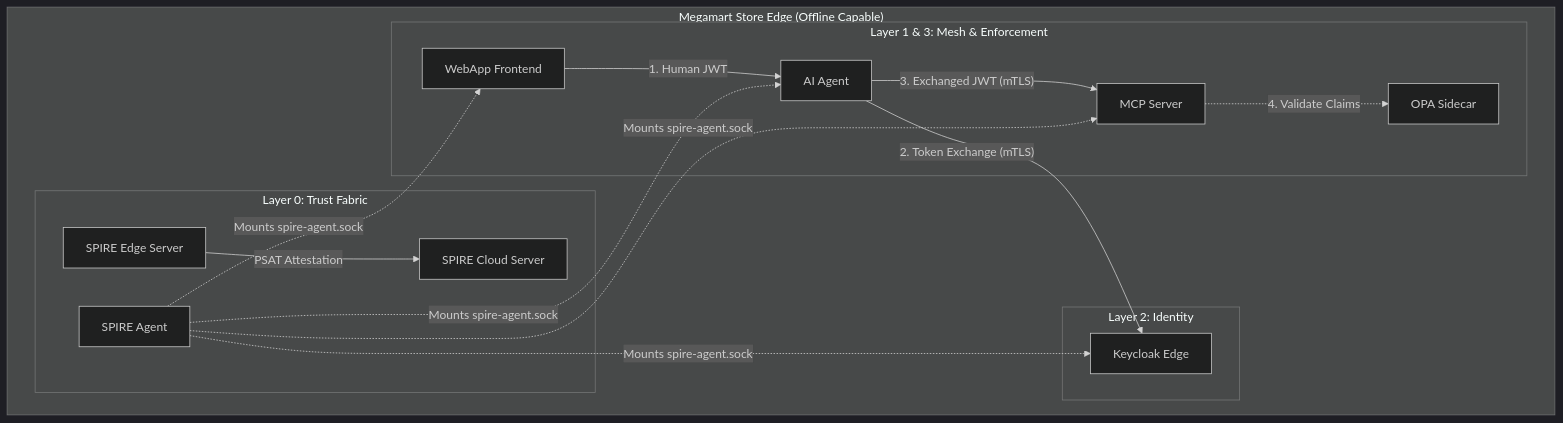
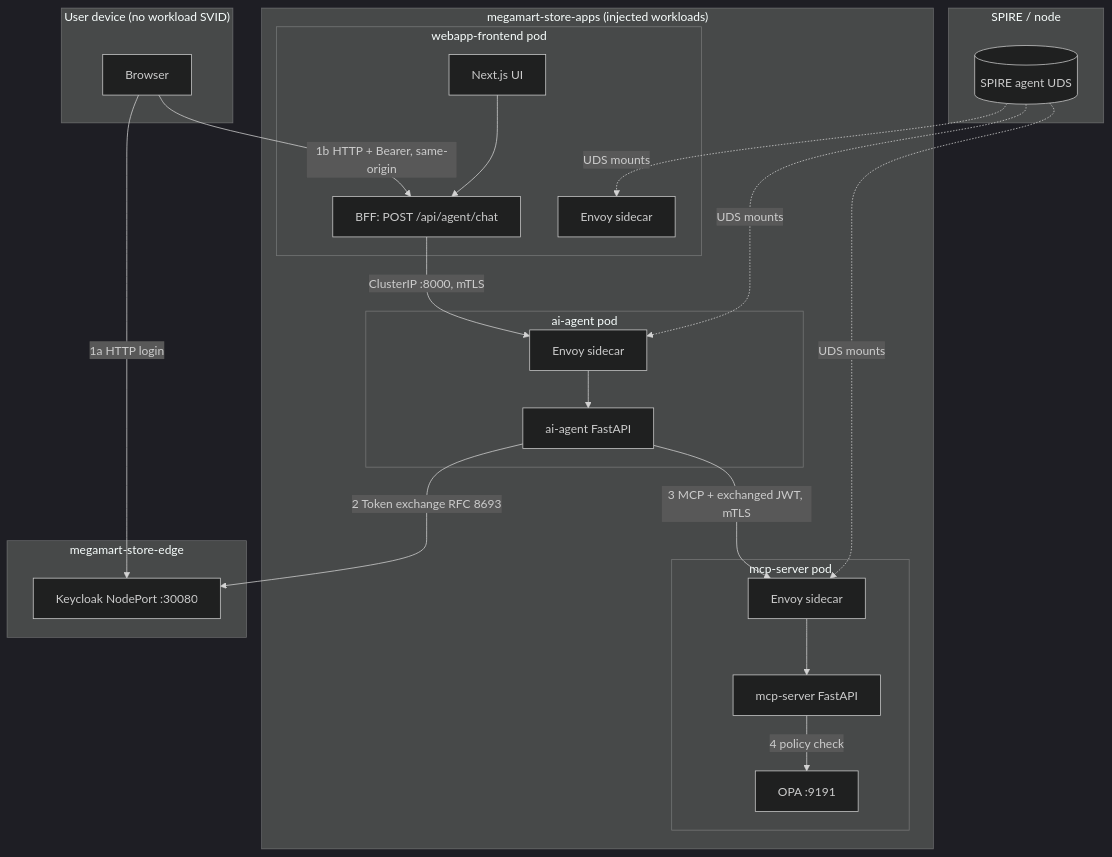
One commit to rtarway/spiffe-spire-playground changed the diagram in architectural_review.md. Above: the diagram before and after it, drawn with Mermaid (dark theme). The commit also changed other lines of this file, not shown here.

Commit message:
Revise architectural review document to reflect the current edge deployment architecture, emphasizing the zero-trust service mesh design, workload identity, and security posture. Updated sections on core stack, request flow, and visual architecture for clarity and accuracy.

````diff
--- a/architectural_review.md
+++ b/architectural_review.md
@@ -23,32 +44,49 @@
 ```mermaid
-graph TD
-    subgraph "Megamart Store Edge (Offline Capable)"
-        
-        subgraph "Layer 0: Trust Fabric"
-            SA[SPIRE Agent]
-            SS[SPIRE Edge Server]
-            SS -- "PSAT Attestation" --> Cloud[SPIRE Cloud Server]
+flowchart TB
+    subgraph Browser["User device (no workload SVID)"]
+        U[Browser]
+    end
+
+    subgraph StoreApps["megamart-store-apps (injected workloads)"]
+        subgraph WebappPod["webapp-frontend pod"]
+            NEXT[Next.js UI]
+            BFF["BFF: POST /api/agent/chat"]
+            EW[Envoy sidecar]
+            NEXT --> BFF
         end
 
-        subgraph "Layer 2: Identity"
-            KC[Keycloak Edge]
+        subgraph AgentPod["ai-agent pod"]
+            AA[ai-agent FastAPI]
+            EA[Envoy sidecar]
         end
 
-        subgraph "Layer 1 & 3: Mesh & Enforcement"
-            WA[WebApp Frontend]
-            AI[AI Agent]
-            MCP[MCP Server]
-            OPA[OPA Sidecar]
-            
-            WA -- "1. Human JWT" --> AI
-            AI -- "2. Token Exchange (mTLS)" --> KC
-            AI -- "3. Exchanged JWT (mTLS)" --> MCP
-            MCP -. "4. Validate Claims" .-> OPA
+        subgraph McpPod["mcp-server pod"]
+            MCP[mcp-server FastAPI]
+            EM[Envoy sidecar]
+            OPA[OPA :9191]
         end
-        
-        SA -. "Mounts spire-agent.sock" .-> WA
-        SA -. "Mounts spire-agent.sock" .-> AI
-        SA -. "Mounts spire-agent.sock" .-> MCP
-        SA -. "Mounts spire-agent.sock" .-> KC
+
+        BFF -->|"ClusterIP :8000, mTLS"| EA
+        EA --> AA
     end
+
+    subgraph StoreEdge["megamart-store-edge"]
+        KC[Keycloak NodePort :30080]
+    end
+
+    subgraph SPIRE["SPIRE / node"]
+        SA[(SPIRE agent UDS)]
+    end
+
+    U -->|"1a HTTP login"| KC
+    U -->|"1b HTTP + Bearer, same-origin"| BFF
+
+    AA -->|"2 Token exchange RFC 8693"| KC
+    AA -->|"3 MCP + exchanged JWT, mTLS"| EM
+    EM --> MCP
+    MCP -->|"4 policy check"| OPA
+
+    SA -. UDS mounts .-> EW
+    SA -. UDS mounts .-> EA
+    SA -. UDS mounts .-> EM
 ```
````
